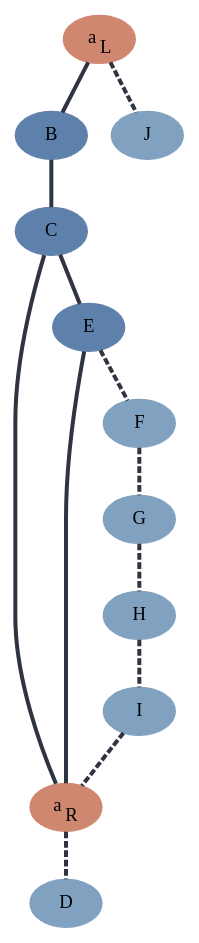
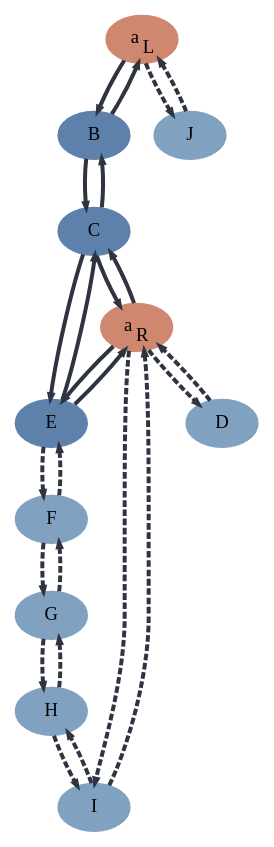
The diagram in Chapter1/Figs/pruning.dot (mbhall88/thesis), drawn with Graphviz before and after one commit.

Commit message:
make pruning edges bidirectional

```diff
--- a/Chapter1/Figs/pruning.dot
+++ b/Chapter1/Figs/pruning.dot
@@ -1,20 +1,32 @@
-graph G {
-    edge [penwidth=3.0,color="#2e3440"];
+digraph G {
+    edge [penwidth=3.0,color="#2e3440",arrowsize=0.33];
     node [style=filled];
     aL[label=<a<SUB>L</SUB>>,style=filled,color="#d08770"];
     aR[label=<a<SUB>R</SUB>>,style=filled,color="#d08770"];
     {node [color="#5e81ac"] B C E }
     {node [color="#81a1c1"] F G H I D J}
-    aL -- J [style=dashed];
-    aL -- B;
-    B   -- C;
-    C   -- E;
-    E   -- F [style=dashed];
-    C   -- aR;
-    E   -- aR;
-    F   -- G [style=dashed];
-    G   -- H [style=dashed];
-    H   -- I [style=dashed];
-    I   -- aR [style=dashed];
-    aR -- D [style=dashed];
+    aL -> J [style=dashed;];
+    J -> aL [style=dashed;];
+    aL -> B;
+    B -> aL;
+    B   -> C;
+    C   -> B;
+    C   -> E;
+    E   -> C;
+    E   -> F [style=dashed];
+    F   -> E [style=dashed];
+    C   -> aR;
+    aR   -> C;
+    E   -> aR;
+    aR   -> E;
+    F   -> G [style=dashed];
+    G   -> F [style=dashed];
+    G   -> H [style=dashed];
+    H   -> G [style=dashed];
+    H   -> I [style=dashed];
+    I   -> H [style=dashed];
+    I   -> aR [style=dashed];
+    aR   -> I [style=dashed];
+    aR -> D [style=dashed];
+    D -> aR [style=dashed];
 }
```
